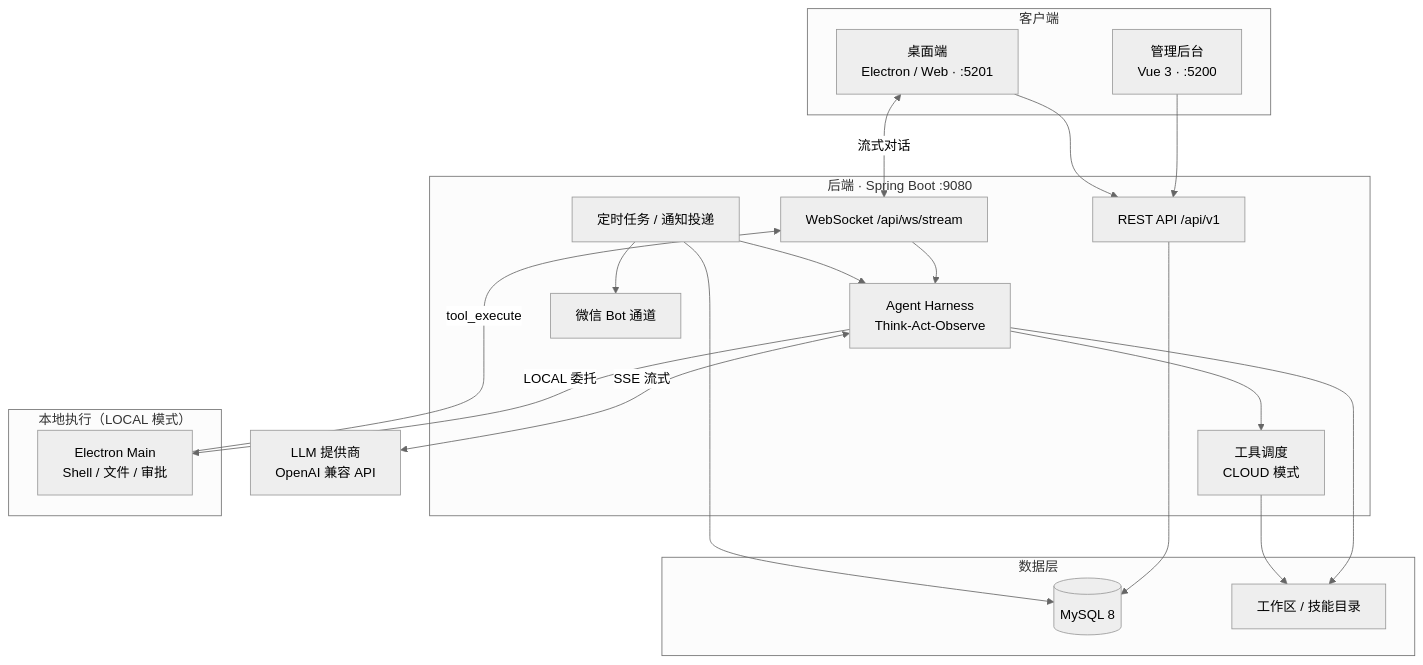
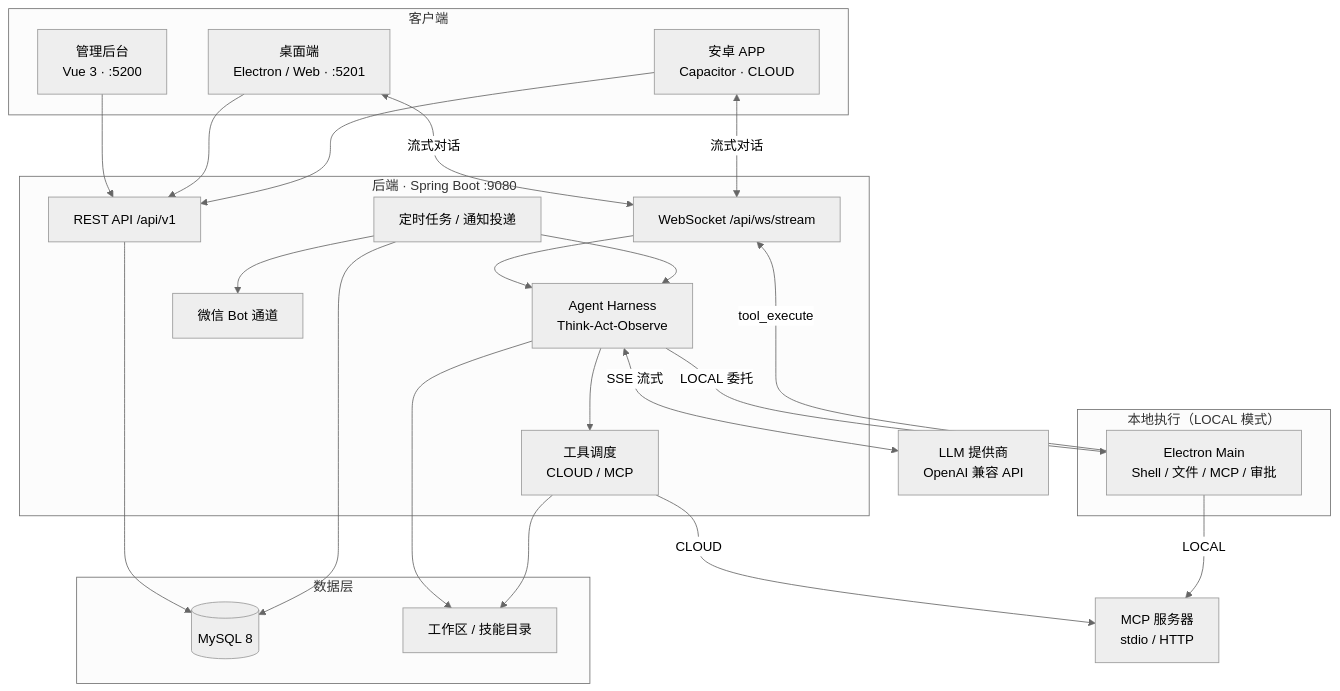
One commit to DC-ET/mao changed the diagram in README.md. Above: the diagram before and after it, drawn with Mermaid (neutral theme). The commit also changed other lines of this file, not shown here.

First line of the commit message:
docs: Update README to clarify project status and enhance Android app details

````diff
--- a/README.md
+++ b/README.md
@@ -75,42 +76,48 @@
 ```mermaid
 flowchart TB
     subgraph clients["客户端"]
         Admin["管理后台<br/>Vue 3 · :5200"]
         Desktop["桌面端<br/>Electron / Web · :5201"]
+        Android["安卓 APP<br/>Capacitor · CLOUD"]
     end
 
     subgraph backend["后端 · Spring Boot :9080"]
         API["REST API /api/v1"]
         WS["WebSocket /api/ws/stream"]
         Harness["Agent Harness<br/>Think-Act-Observe"]
-        Tools["工具调度<br/>CLOUD 模式"]
+        Tools["工具调度<br/>CLOUD / MCP"]
         Scheduler["定时任务 / 通知投递"]
         Weixin["微信 Bot 通道"]
     end
 
     subgraph local["本地执行（LOCAL 模式）"]
-        Electron["Electron Main<br/>Shell / 文件 / 审批"]
+        Electron["Electron Main<br/>Shell / 文件 / MCP / 审批"]
     end
 
     subgraph data["数据层"]
         MySQL[(MySQL 8)]
         Workspace["工作区 / 技能目录"]
     end
 
     LLM["LLM 提供商<br/>OpenAI 兼容 API"]
+    MCP["MCP 服务器<br/>stdio / HTTP"]
 
     Admin --> API
     Desktop --> API
+    Android --> API
     Desktop <-->|流式对话| WS
+    Android <-->|流式对话| WS
     WS --> Harness
     Harness --> Tools
+    Tools -->|CLOUD| MCP
+    Electron -->|LOCAL| MCP
     Scheduler --> Harness
     Scheduler --> Weixin
     Harness -->|LOCAL 委托| Electron
     Electron -->|tool_execute| WS
     Harness <-->|SSE 流式| LLM
     API --> MySQL
     Scheduler --> MySQL
     Harness --> Workspace
     Tools --> Workspace
 ```
````
